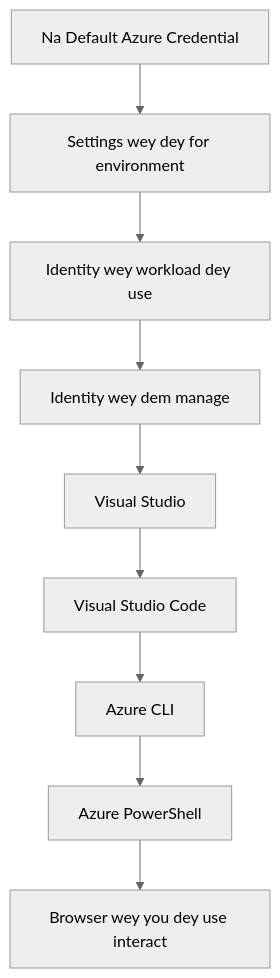
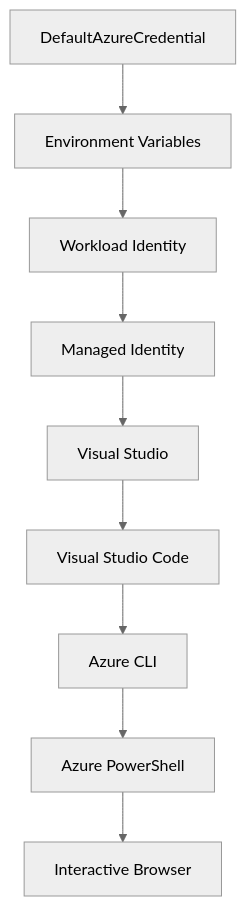
One commit to microsoft/AZD-for-beginners changed the second of 2 diagrams in translations/pcm/docs/chapter-01-foundation/azd-basics.md. Above: the diagram before and after it, drawn with Mermaid (neutral theme). The commit also changed other lines of this file and 135 other files, not shown here.

````diff
--- a/translations/pcm/docs/chapter-01-foundation/azd-basics.md
+++ b/translations/pcm/docs/chapter-01-foundation/azd-basics.md
@@ -608,11 +616,11 @@
 ```mermaid
 graph TD
-    A[Na Default Azure Credential] --> B[Settings wey dey for environment]
-    B[Settings wey dey for environment] --> C[Identity wey workload dey use]
-    C[Identity wey workload dey use] --> D[Identity wey dem manage]
-    D[Identity wey dem manage] --> E[Visual Studio]
-    E[Visual Studio] --> F[Visual Studio Code]
-    F[Visual Studio Code] --> G[Azure CLI]
-    G[Azure CLI] --> H[Azure PowerShell]
-    H[Azure PowerShell] --> I[Browser wey you dey use interact]
+    A[DefaultAzureCredential] --> B[Environment Variables]
+    B --> C[Workload Identity]
+    C --> D[Managed Identity]
+    D --> E[Visual Studio]
+    E --> F[Visual Studio Code]
+    F --> G[Azure CLI]
+    G --> H[Azure PowerShell]
+    H --> I[Interactive Browser]
 ```
````
